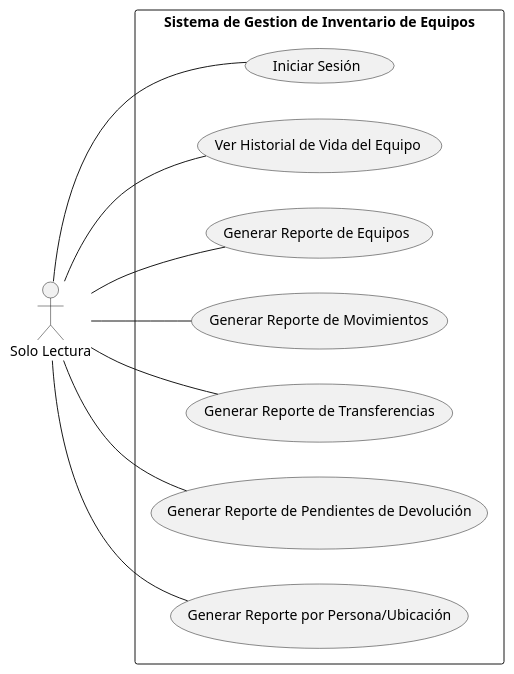
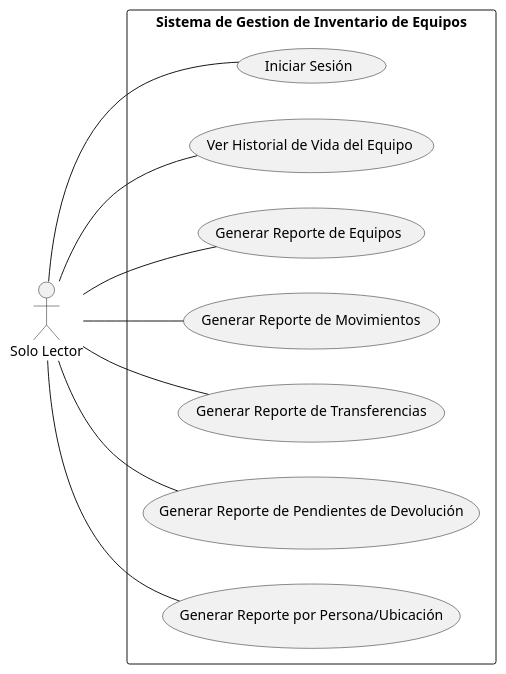
The diagram in UML_PlantUML_GIV/CaseUses/SoloLectura.puml (JordanNoah7/Conquistadores), drawn with PlantUML before and after one commit. The commit also changed 4 other files, not shown here.

```diff
--- a/UML_PlantUML_GIV/CaseUses/SoloLectura.puml
+++ b/UML_PlantUML_GIV/CaseUses/SoloLectura.puml
@@ -1,21 +1,21 @@
 @startuml Solo Lectura
 left to right direction
 
-actor "Solo Lectura" as b
+actor "Solo Lector" as b
 rectangle "Sistema de Gestion de Inventario de Equipos" {
     usecase "Iniciar Sesión" as uc1
     usecase "Ver Historial de Vida del Equipo" as uc6
     usecase "Generar Reporte de Equipos" as uc11
     usecase "Generar Reporte de Movimientos" as uc12
     usecase "Generar Reporte de Transferencias" as uc13
     usecase "Generar Reporte de Pendientes de Devolución" as uc14
     usecase "Generar Reporte por Persona/Ubicación" as uc15
 }
 b -- uc1
 b -- uc6
 b -- uc11
 b -- uc12
 b -- uc13
 b -- uc14
 b -- uc15
 @enduml
```
